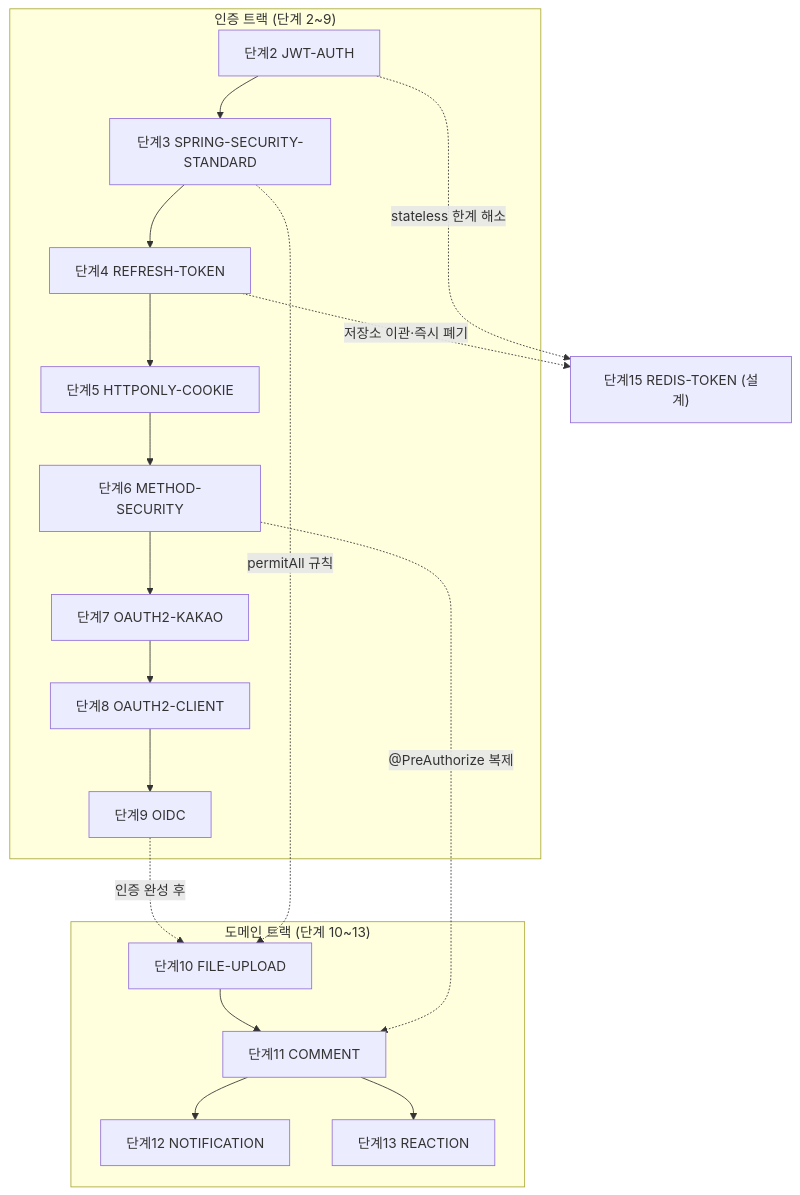
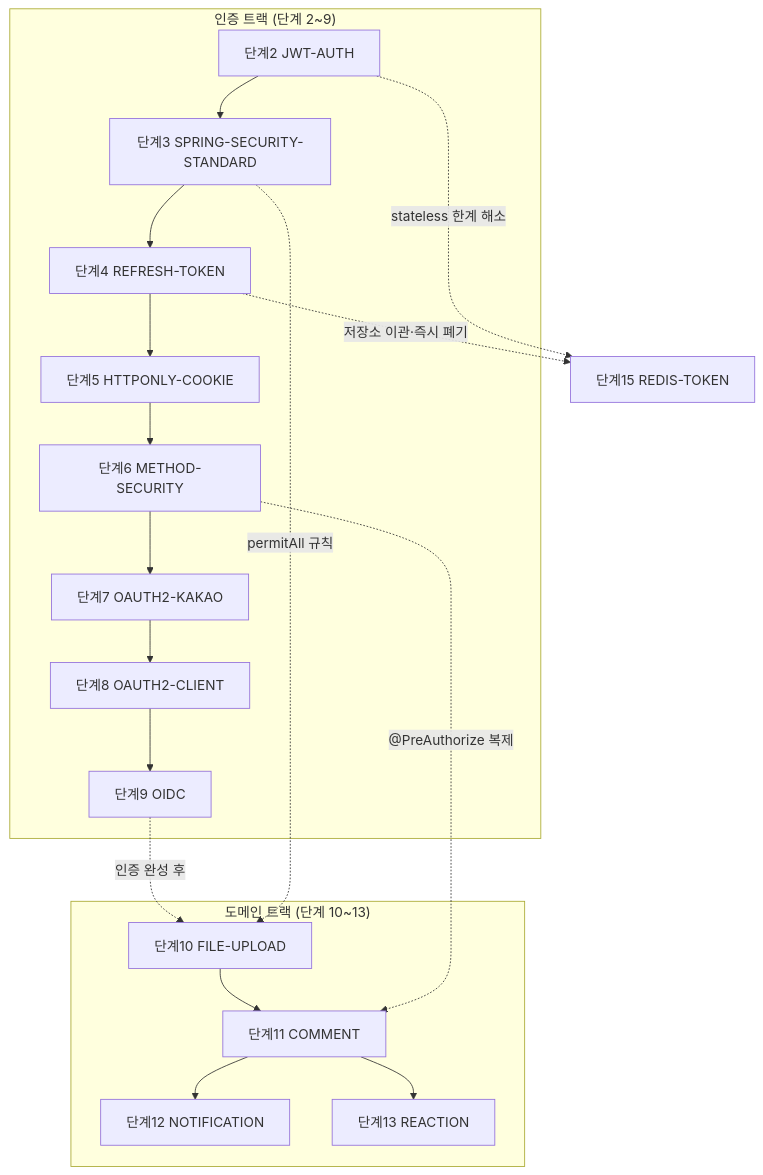
One commit to icesnake72/boards changed the diagram in docs/lecture/000-MOC.md. Above: the diagram before and after it, drawn with Mermaid. The commit also changed other lines of this file and 3 other files, not shown here.

````diff
--- a/docs/lecture/000-MOC.md
+++ b/docs/lecture/000-MOC.md
@@ -18,22 +18,22 @@
 ```mermaid
 flowchart TD
   subgraph AUTH["인증 트랙 (단계 2~9)"]
     JWT["단계2 JWT-AUTH"] --> STD["단계3 SPRING-SECURITY-STANDARD"]
     STD --> RT["단계4 REFRESH-TOKEN"]
     RT --> COOKIE["단계5 HTTPONLY-COOKIE"]
     COOKIE --> MS["단계6 METHOD-SECURITY"]
     MS --> KAKAO["단계7 OAUTH2-KAKAO"]
     KAKAO --> CLIENT["단계8 OAUTH2-CLIENT"]
     CLIENT --> OIDC["단계9 OIDC"]
   end
   subgraph DOMAIN["도메인 트랙 (단계 10~13)"]
     FILE["단계10 FILE-UPLOAD"] --> COMMENT["단계11 COMMENT"]
     COMMENT --> NOTI["단계12 NOTIFICATION"]
     COMMENT --> REACT["단계13 REACTION"]
   end
-  RT -.->|"저장소 이관·즉시 폐기"| REDIS["단계15 REDIS-TOKEN (설계)"]
+  RT -.->|"저장소 이관·즉시 폐기"| REDIS["단계15 REDIS-TOKEN"]
   JWT -.->|"stateless 한계 해소"| REDIS
   OIDC -.->|"인증 완성 후"| FILE
   STD -.->|"permitAll 규칙"| FILE
   MS -.->|"@PreAuthorize 복제"| COMMENT
 ```
````
